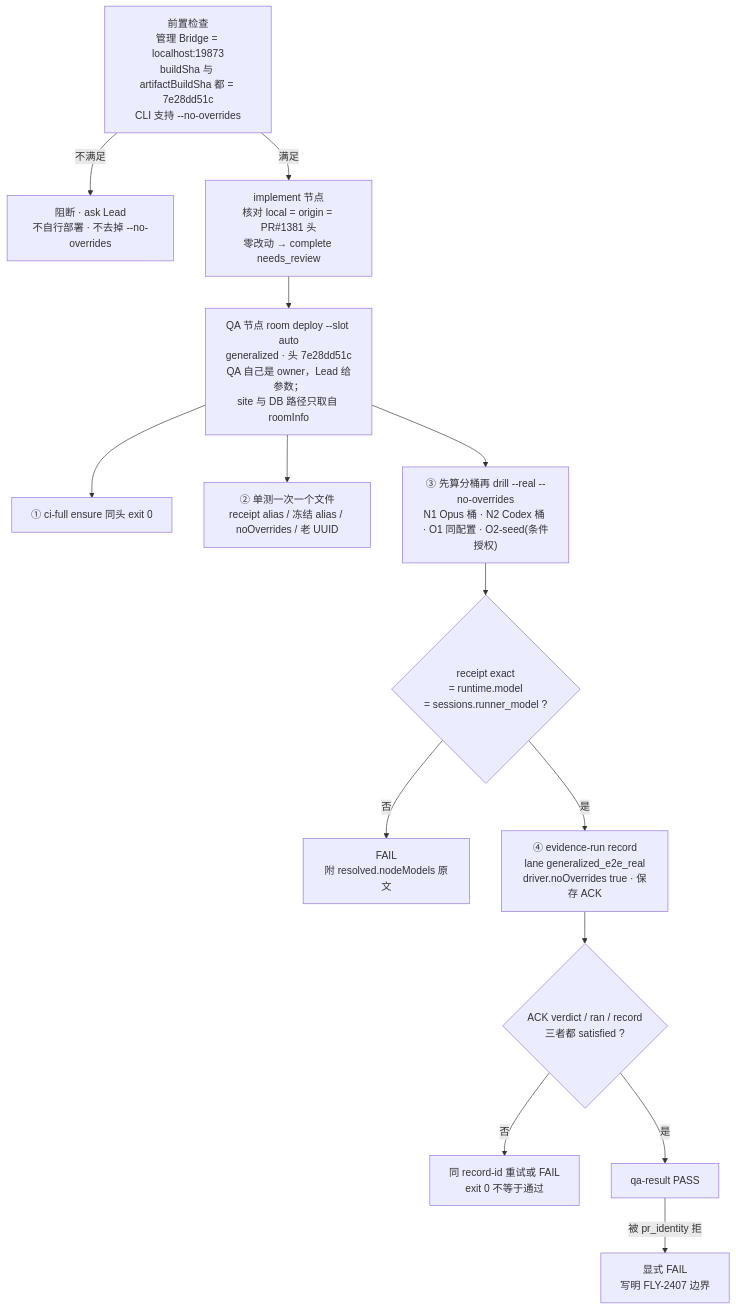
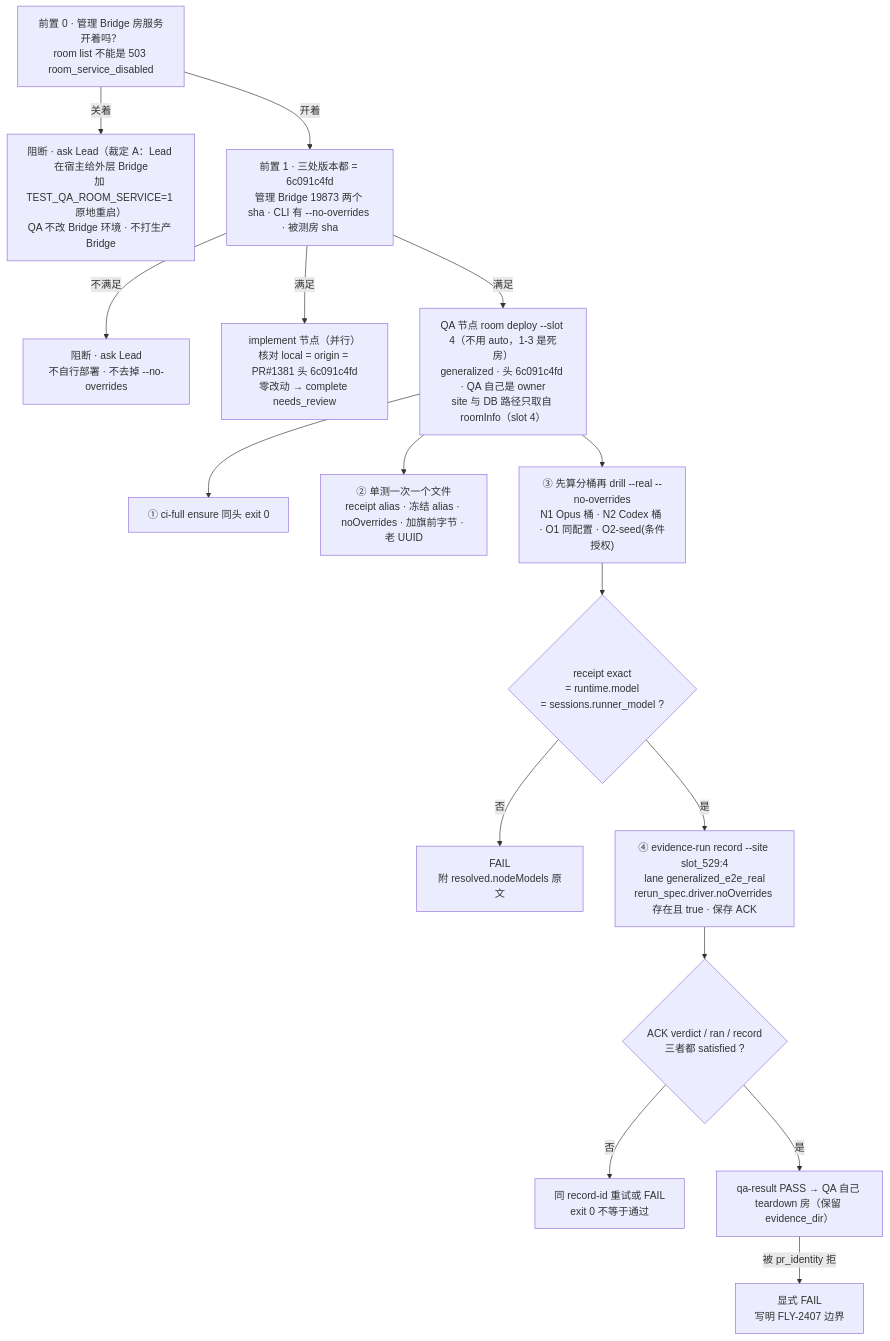
One commit to xrliAnnie/flywheel-qa-sandbox changed the diagram in engineering/doc/FLY-3018-current-model-routing/diagrams/d1-flow.mmd. Above: the diagram before and after it, drawn with Mermaid. The commit also changed 3 other files, not shown here.

Commit message:
docs(FLY-3018): founder HTML synced to plan v2.5 (head 6c091c4fd, slot 4, room-service preflight)

```diff
--- a/engineering/doc/FLY-3018-current-model-routing/diagrams/d1-flow.mmd
+++ b/engineering/doc/FLY-3018-current-model-routing/diagrams/d1-flow.mmd
@@ -1,14 +1,16 @@
 flowchart TD
-    P["前置检查<br/>管理 Bridge = localhost:19873<br/>buildSha 与 artifactBuildSha 都 = 7e28dd51c<br/>CLI 支持 --no-overrides"] -->|不满足| PX["阻断 · ask Lead<br/>不自行部署 · 不去掉 --no-overrides"]
-    P -->|满足| B["implement 节点<br/>核对 local = origin = PR#1381 头<br/>零改动 → complete needs_review"]
-    B --> C["QA 节点 room deploy --slot auto<br/>generalized · 头 7e28dd51c<br/>QA 自己是 owner，Lead 给参数；<br/>site 与 DB 路径只取自 roomInfo"]
+    P0["前置 0 · 管理 Bridge 房服务开着吗？<br/>room list 不能是 503 room_service_disabled"] -->|关着| P0X["阻断 · ask Lead（裁定 A：Lead 在宿主给外层 Bridge<br/>加 TEST_QA_ROOM_SERVICE=1 原地重启）<br/>QA 不改 Bridge 环境 · 不打生产 Bridge"]
+    P0 -->|开着| P["前置 1 · 三处版本都 = 6c091c4fd<br/>管理 Bridge 19873 两个 sha · CLI 有 --no-overrides · 被测房 sha"]
+    P -->|不满足| PX["阻断 · ask Lead<br/>不自行部署 · 不去掉 --no-overrides"]
+    P -->|满足| B["implement 节点（并行）<br/>核对 local = origin = PR#1381 头 6c091c4fd<br/>零改动 → complete needs_review"]
+    P -->|满足| C["QA 节点 room deploy --slot 4（不用 auto，1-3 是死房）<br/>generalized · 头 6c091c4fd · QA 自己是 owner<br/>site 与 DB 路径只取自 roomInfo（slot 4）"]
     C --> D1["① ci-full ensure 同头 exit 0"]
-    C --> D2["② 单测一次一个文件<br/>receipt alias / 冻结 alias / noOverrides / 老 UUID"]
+    C --> D2["② 单测一次一个文件<br/>receipt alias · 冻结 alias · noOverrides · 加旗前字节 · 老 UUID"]
     C --> D3["③ 先算分桶再 drill --real --no-overrides<br/>N1 Opus 桶 · N2 Codex 桶 · O1 同配置 · O2-seed(条件授权)"]
     D3 --> E{"receipt exact<br/>= runtime.model<br/>= sessions.runner_model ?"}
     E -- 否 --> F["FAIL<br/>附 resolved.nodeModels 原文"]
-    E -- 是 --> G["④ evidence-run record<br/>lane generalized_e2e_real<br/>driver.noOverrides true · 保存 ACK"]
+    E -- 是 --> G["④ evidence-run record --site slot_529:4<br/>lane generalized_e2e_real<br/>rerun_spec.driver.noOverrides 存在且 true · 保存 ACK"]
     G --> H{"ACK verdict / ran / record<br/>三者都 satisfied ?"}
     H -- 否 --> G2["同 record-id 重试或 FAIL<br/>exit 0 不等于通过"]
-    H -- 是 --> I["qa-result PASS"]
+    H -- 是 --> I["qa-result PASS → QA 自己 teardown 房（保留 evidence_dir）"]
     I -- 被 pr_identity 拒 --> J["显式 FAIL<br/>写明 FLY-2407 边界"]
```
